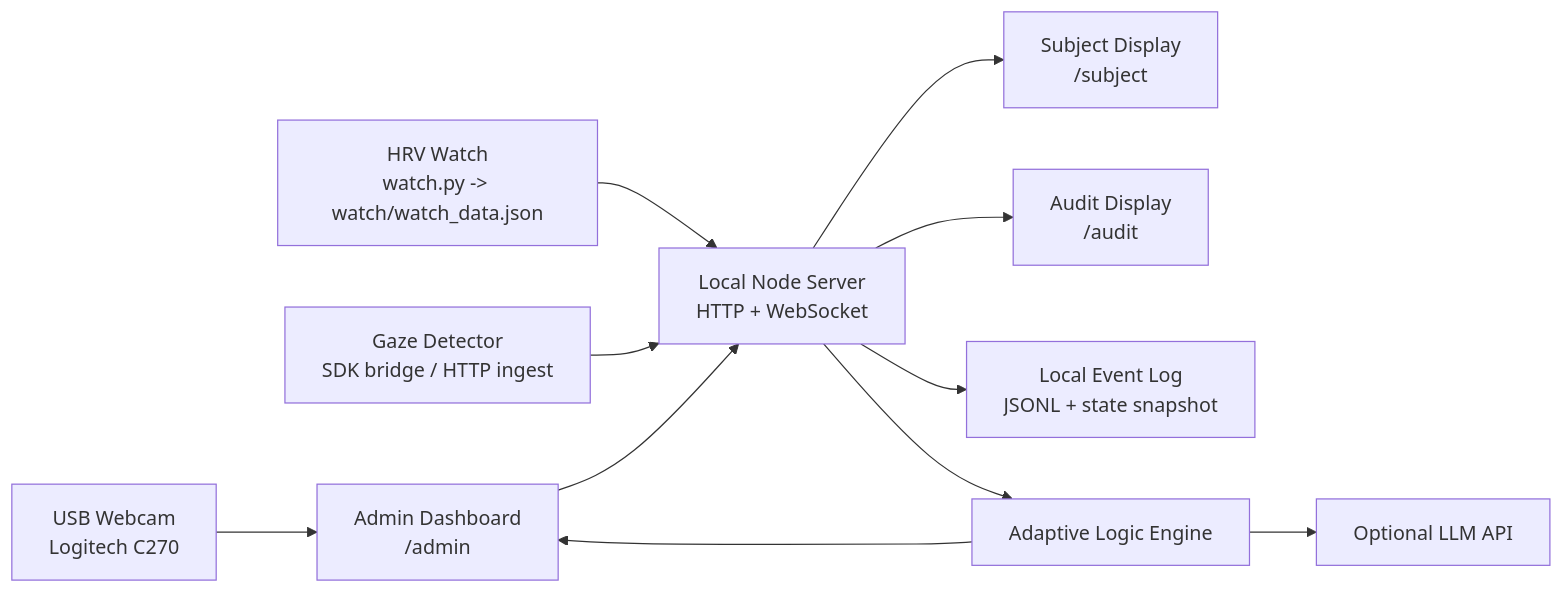
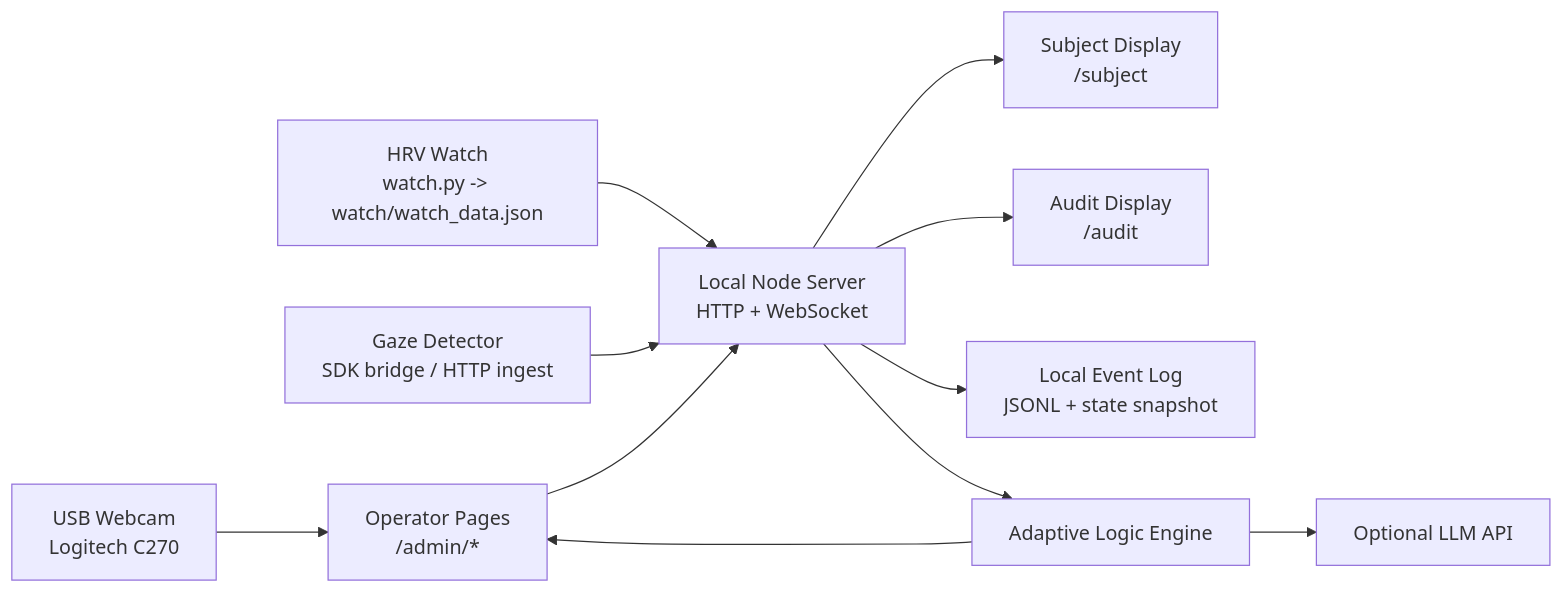
Before and after one commit to shrijacked/wizard-of-oz-control-app: the first of 7 diagrams in docs/architecture.md, drawn with Mermaid. The commit also changed other lines of this file and 2 other files, not shown here.

Commit message:
Document the multi-page operator flow

````diff
--- a/docs/architecture.md
+++ b/docs/architecture.md
@@ -15,13 +15,13 @@
 ```mermaid
 flowchart LR
-    webcam["USB Webcam<br/>Logitech C270"] --> admin["Admin Dashboard<br/>/admin"]
+    webcam["USB Webcam<br/>Logitech C270"] --> admin["Operator Pages<br/>/admin/*"]
     watch["HRV Watch<br/>watch.py -> watch/watch_data.json"] --> server["Local Node Server<br/>HTTP + WebSocket"]
     gaze["Gaze Detector<br/>SDK bridge / HTTP ingest"] --> server
     admin --> server
     server --> subject["Subject Display<br/>/subject"]
     server --> audit["Audit Display<br/>/audit"]
     server --> logs["Local Event Log<br/>JSONL + state snapshot"]
     server --> adaptive["Adaptive Logic Engine"]
     adaptive --> admin
     adaptive --> llm["Optional LLM API"]
 ```
````
